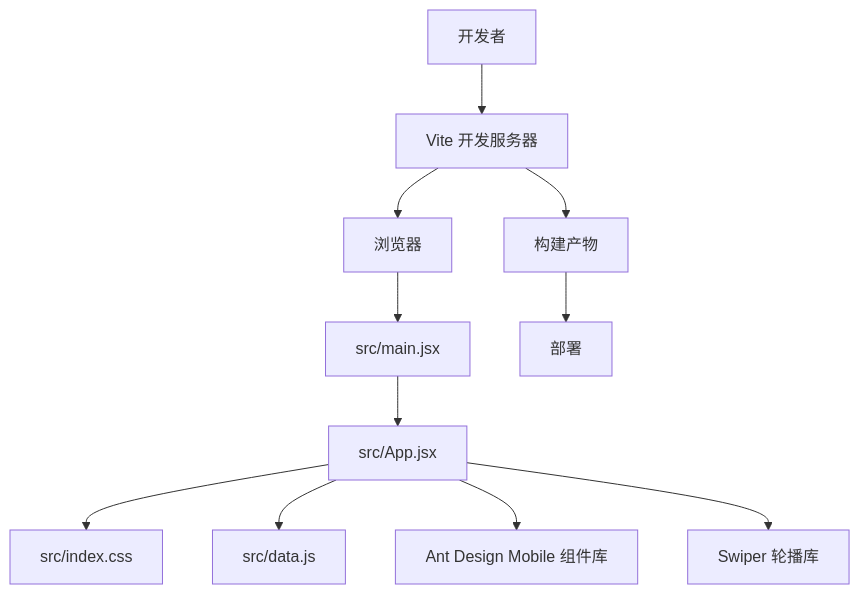
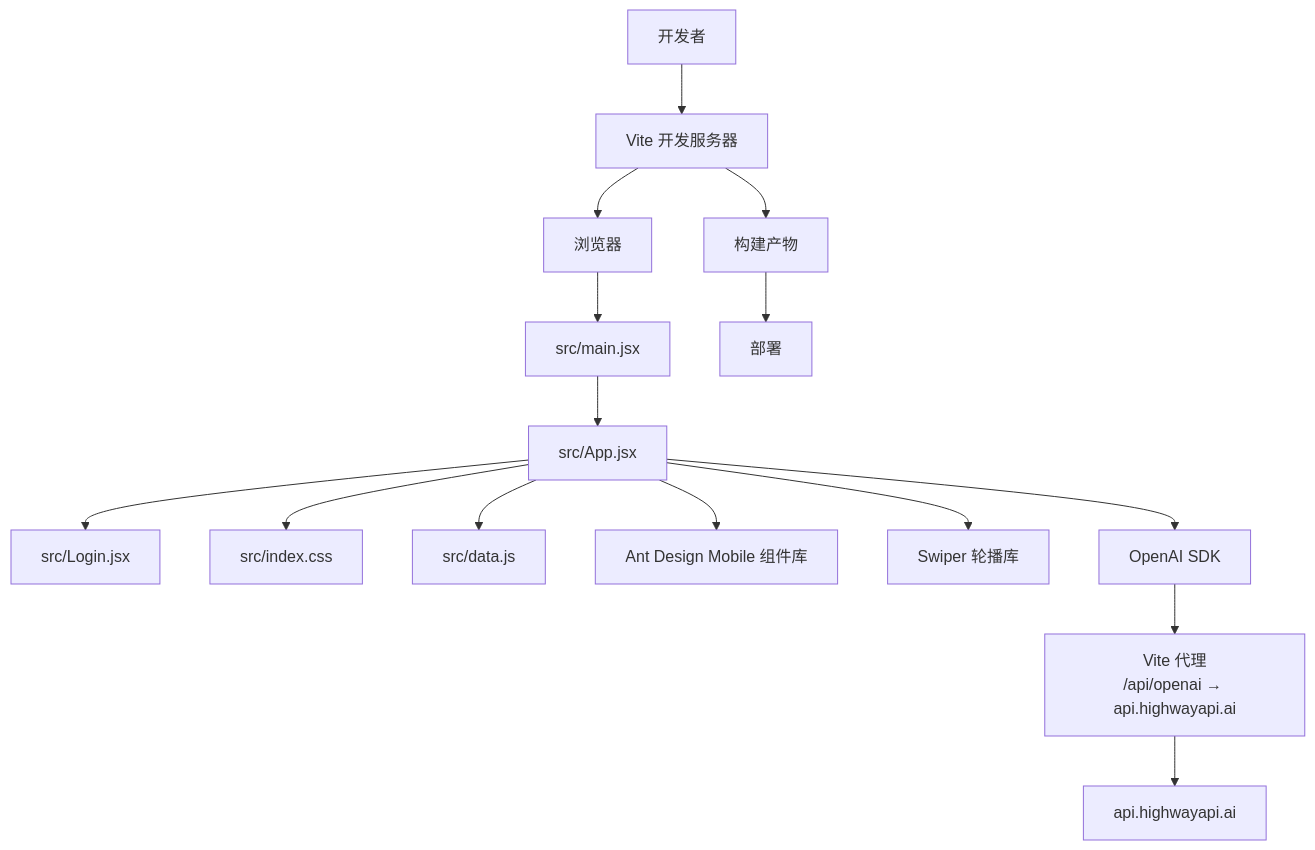
One commit to billye220670/newSquare changed the second of 5 diagrams in .qoder/repowiki/zh/content/开发指南/开发指南.md. Above: the diagram before and after it, drawn with Mermaid. The commit also changed other lines of this file and 7 other files, not shown here.

````diff
--- a/.qoder/repowiki/zh/content/开发指南/开发指南.md
+++ b/.qoder/repowiki/zh/content/开发指南/开发指南.md
@@ -86,13 +104,17 @@
 ```mermaid
 graph TB
 Dev["开发者"] --> Vite["Vite 开发服务器"]
 Vite --> Browser["浏览器"]
 Browser --> MainJS["src/main.jsx"]
 MainJS --> AppJS["src/App.jsx"]
+AppJS --> LoginJS["src/Login.jsx"]
 AppJS --> CSS["src/index.css"]
 AppJS --> DataJS["src/data.js"]
 AppJS --> ADF["Ant Design Mobile 组件库"]
 AppJS --> Swiper["Swiper 轮播库"]
+AppJS --> OpenAI["OpenAI SDK"]
+OpenAI --> Proxy["Vite 代理<br/>/api/openai → api.highwayapi.ai"]
+Proxy --> Highway["api.highwayapi.ai"]
 Vite --> Build["构建产物"]
 Build --> Deploy["部署"]
 ```
````
